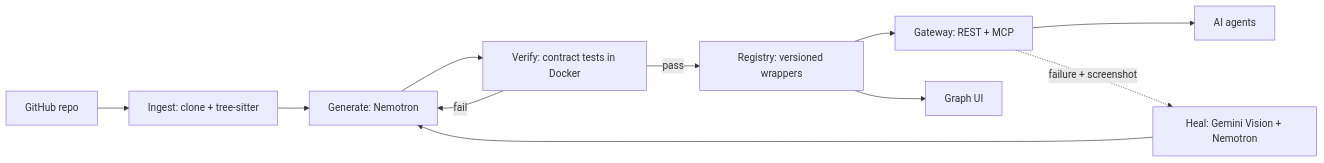
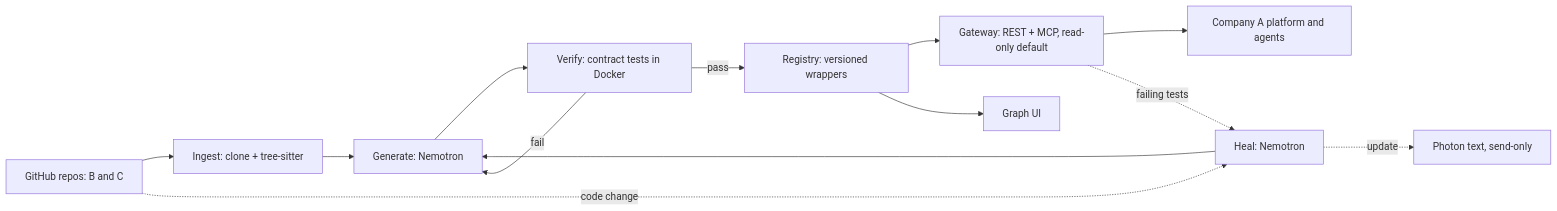
The diagram in docs/prd.md (jaiom-rola-sp/REPLIC8), drawn with Mermaid before and after one commit. The commit also changed other lines of this file and 2 other files, not shown here.

Commit message:
Update PRD to v0.2: demo scenario, drop vision, read-only default

````diff
--- a/docs/prd.md
+++ b/docs/prd.md
@@ -62,13 +86,15 @@
 ```mermaid
 flowchart LR
-  GH[GitHub repo] --> ING[Ingest: clone + tree-sitter]
+  GH[GitHub repos: B and C] --> ING[Ingest: clone + tree-sitter]
   ING --> GEN[Generate: Nemotron]
   GEN --> VER[Verify: contract tests in Docker]
   VER -->|pass| REG[Registry: versioned wrappers]
   VER -->|fail| GEN
-  REG --> GW[Gateway: REST + MCP]
-  GW --> AG[AI agents]
+  REG --> GW[Gateway: REST + MCP, read-only default]
+  GW --> A[Company A platform and agents]
   REG --> UI[Graph UI]
-  GW -. failure + screenshot .-> HEAL[Heal: Gemini Vision + Nemotron]
+  GH -. code change .-> HEAL[Heal: Nemotron]
+  GW -. failing tests .-> HEAL
   HEAL --> GEN
+  HEAL -. update .-> PH[Photon text, send-only]
 ```
````
